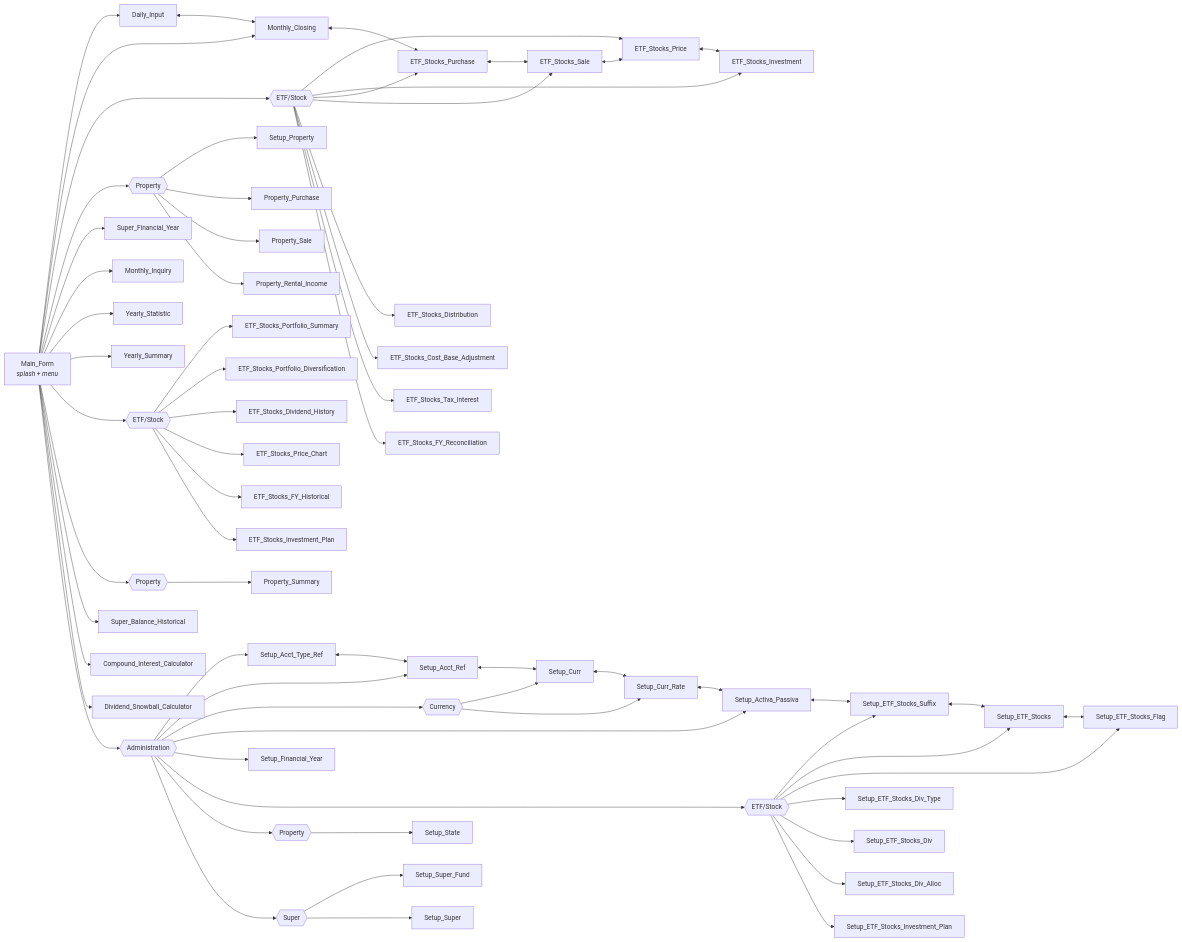
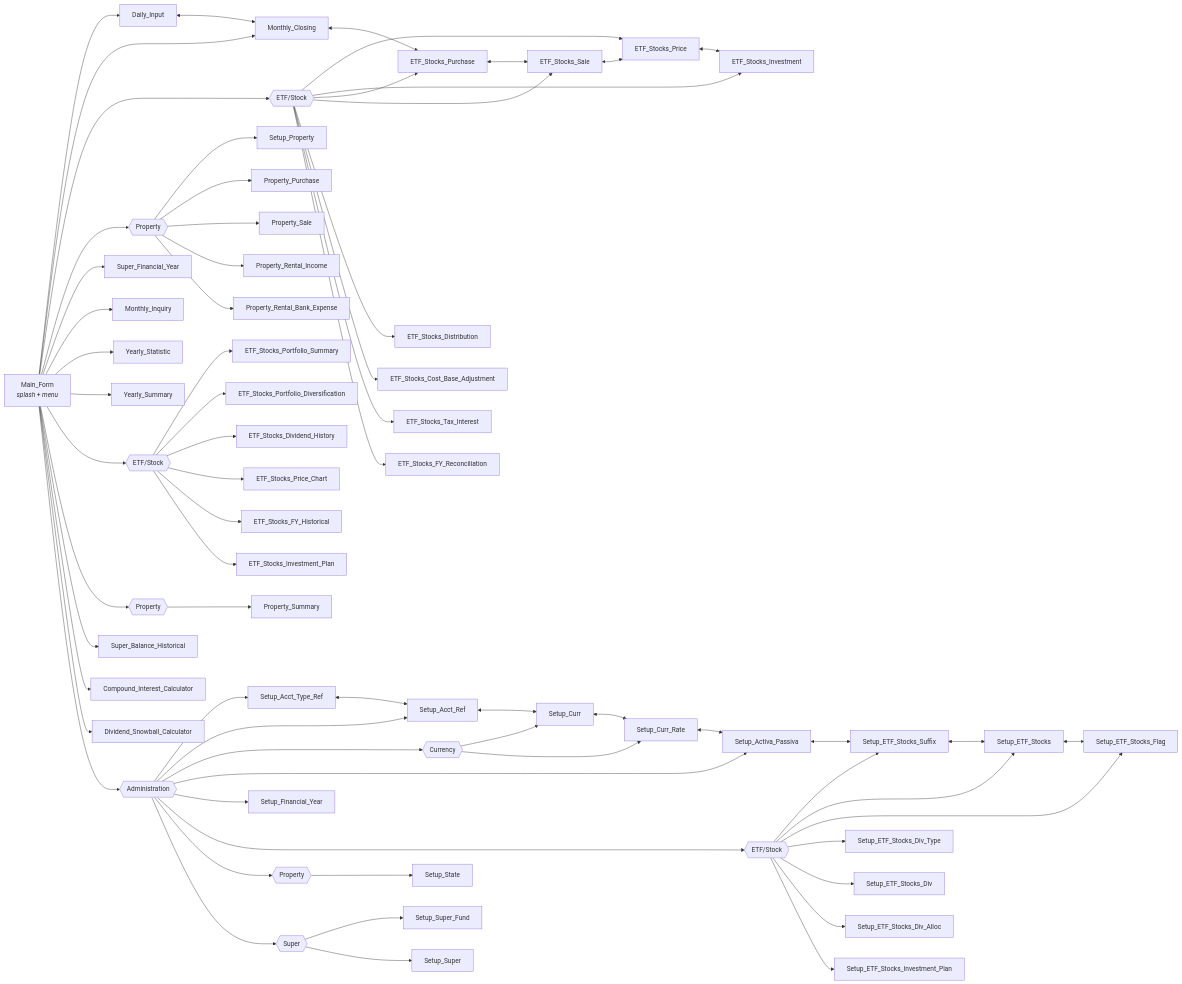
Before and after one commit to oscar-rijadi/FinancialBalance: the second of 3 diagrams in README.md, drawn with Mermaid. The commit also changed other lines of this file and 63 other files, not shown here.

Commit message:
Implement Property Rental Bank Expense

````diff
--- a/README.md
+++ b/README.md
@@ -110,73 +110,74 @@
 ```mermaid
 flowchart LR
     MAIN["Main_Form<br/><i>splash + menu</i>"]
 
     MAIN --> DI["Daily_Input"]
     MAIN --> MC["Monthly_Closing"]
     MAIN --> PETFG{{"ETF/Stock"}}
     PETFG --> ETP["ETF_Stocks_Price"]
     PETFG --> ETI["ETF_Stocks_Investment"]
     PETFG --> ETB["ETF_Stocks_Purchase"]
     PETFG --> ETS["ETF_Stocks_Sale"]
     PETFG --> ETD["ETF_Stocks_Distribution"]
     PETFG --> ECB["ETF_Stocks_Cost_Base_Adjustment"]
     PETFG --> ETI2["ETF_Stocks_Tax_Interest"]
     PETFG --> ETR["ETF_Stocks_FY_Reconciliation"]
     MAIN --> PPROPG{{"Property"}}
     PPROPG --> SPROP["Setup_Property"]
     PPROPG --> PPUR["Property_Purchase"]
     PPROPG --> PSAL["Property_Sale"]
     PPROPG --> PRI["Property_Rental_Income"]
+    PPROPG --> PRBE["Property_Rental_Bank_Expense"]
     MAIN --> SFYP["Super_Financial_Year"]
     MAIN --> MI["Monthly_Inquiry"]
     MAIN --> YT["Yearly_Statistic"]
     MAIN --> YS["Yearly_Summary"]
     MAIN --> PORTG{{"ETF/Stock"}}
     PORTG --> PSUM["ETF_Stocks_Portfolio_Summary"]
     PORTG --> PDIV["ETF_Stocks_Portfolio_Diversification"]
     PORTG --> PDVH["ETF_Stocks_Dividend_History"]
     PORTG --> PPCH["ETF_Stocks_Price_Chart"]
     PORTG --> PFYH["ETF_Stocks_FY_Historical"]
     PORTG --> PIVP["ETF_Stocks_Investment_Plan"]
     MAIN --> IPROPG{{"Property"}}
     IPROPG --> PSMY["Property_Summary"]
     MAIN --> SBH["Super_Balance_Historical"]
     MAIN --> CIC["Compound_Interest_Calculator"]
     MAIN --> DSC["Dividend_Snowball_Calculator"]
 
     MAIN --> ADMIN{{"Administration"}}
     ADMIN --> SATR["Setup_Acct_Type_Ref"]
     ADMIN --> SAR["Setup_Acct_Ref"]
     ADMIN --> CURG{{"Currency"}}
     CURG --> SC["Setup_Curr"]
     CURG --> SCR["Setup_Curr_Rate"]
     ADMIN --> SAP["Setup_Activa_Passiva"]
     ADMIN --> SFY["Setup_Financial_Year"]
     ADMIN --> ETFG{{"ETF/Stock"}}
     ETFG --> SES["Setup_ETF_Stocks_Suffix"]
     ETFG --> SET["Setup_ETF_Stocks"]
     ETFG --> SEF["Setup_ETF_Stocks_Flag"]
     ETFG --> SDT["Setup_ETF_Stocks_Div_Type"]
     ETFG --> SDV["Setup_ETF_Stocks_Div"]
     ETFG --> SDA["Setup_ETF_Stocks_Div_Alloc"]
     ETFG --> SIP["Setup_ETF_Stocks_Investment_Plan"]
     ADMIN --> PROPG{{"Property"}}
     PROPG --> SST["Setup_State"]
     ADMIN --> SUPG{{"Super"}}
     SUPG --> SSF["Setup_Super_Fund"]
     SUPG --> SSU["Setup_Super"]
 
     DI <--> MC
     MC <--> ETB
     ETB <--> ETS
     ETS <--> ETP
     ETP <--> ETI
 
     SATR <--> SAR
     SAR <--> SC
     SC <--> SCR
     SCR <--> SAP
     SAP <--> SES
     SES <--> SET
     SET <--> SEF
 ```
````
